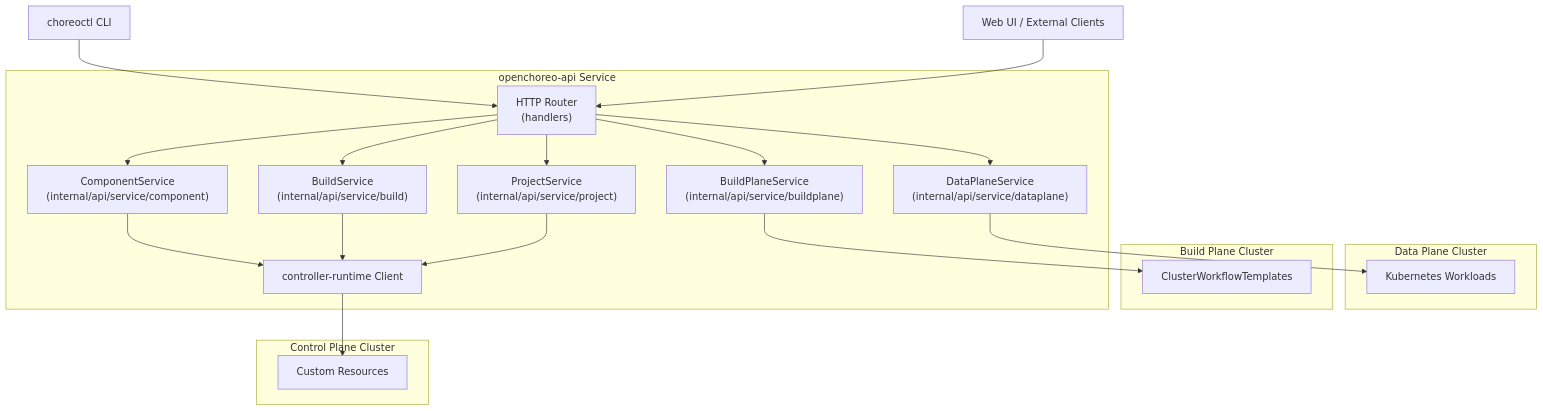
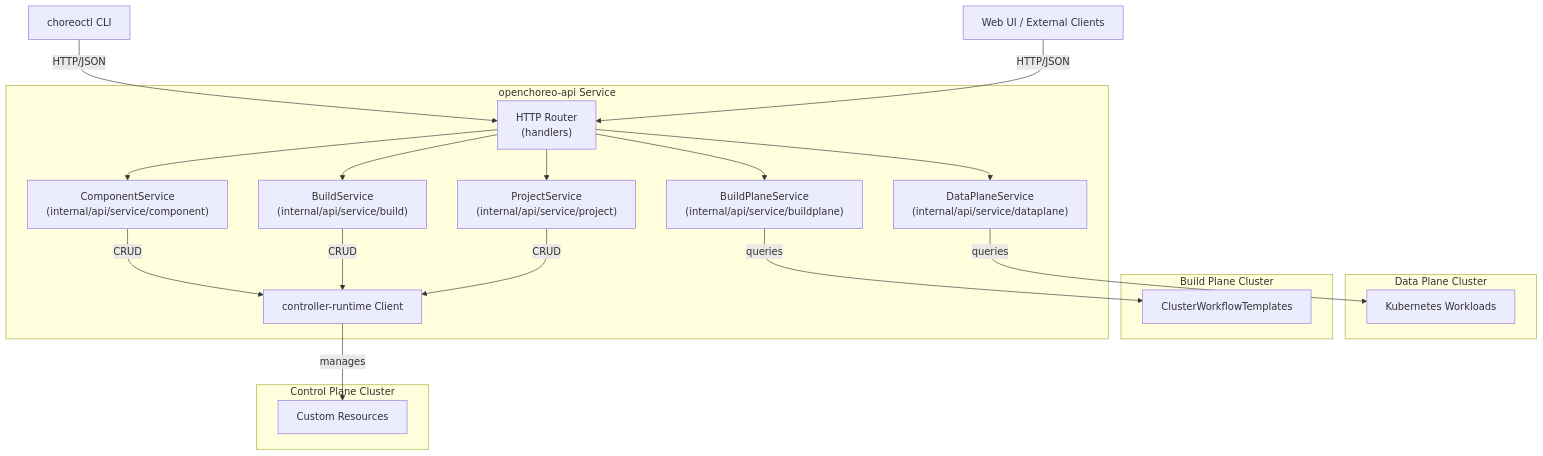
One commit to openchoreo/openchoreo changed the fourth of 7 diagrams in docs/deepwiki/Architecture.md. Above: the diagram before and after it, drawn with Mermaid. The commit also changed other lines of this file and 85 other files, not shown here.

Commit message:
feat: Add new workflow and specification templates, update Helm chart dependencies, and clarify documentation diagrams.

````diff
--- a/docs/deepwiki/Architecture.md
+++ b/docs/deepwiki/Architecture.md
@@ -330,52 +330,52 @@
 ```mermaid
 flowchart TD
 
 CLI["choreoctl CLI"]
 WebUI["Web UI / External Clients"]
 Router["HTTP Router<br>(handlers)"]
 CompSvc["ComponentService<br>(internal/api/service/component)"]
 BuildSvc["BuildService<br>(internal/api/service/build)"]
 ProjSvc["ProjectService<br>(internal/api/service/project)"]
 DPSvc["DataPlaneService<br>(internal/api/service/dataplane)"]
 BPSvc["BuildPlaneService<br>(internal/api/service/buildplane)"]
 K8sClient["controller-runtime Client"]
 CRDs["Custom Resources"]
 CWFT["ClusterWorkflowTemplates"]
 K8sWorkloads["Kubernetes Workloads"]
 
-CLI --> Router
-WebUI --> Router
-K8sClient --> CRDs
-DPSvc --> K8sWorkloads
-BPSvc --> CWFT
+CLI -->|"HTTP/JSON"| Router
+WebUI -->|"HTTP/JSON"| Router
+K8sClient -->|"manages"| CRDs
+DPSvc -->|"queries"| K8sWorkloads
+BPSvc -->|"queries"| CWFT
 
 subgraph subGraph3 ["Data Plane Cluster"]
     K8sWorkloads
 end
 
 subgraph subGraph2 ["Build Plane Cluster"]
     CWFT
 end
 
 subgraph subGraph1 ["Control Plane Cluster"]
     CRDs
 end
 
 subgraph subGraph0 ["openchoreo-api Service"]
     Router
     CompSvc
     BuildSvc
     ProjSvc
     DPSvc
     BPSvc
     K8sClient
     Router --> CompSvc
     Router --> BuildSvc
     Router --> ProjSvc
     Router --> DPSvc
     Router --> BPSvc
-    CompSvc --> K8sClient
-    BuildSvc --> K8sClient
-    ProjSvc --> K8sClient
+    CompSvc -->|"CRUD"| K8sClient
+    BuildSvc -->|"CRUD"| K8sClient
+    ProjSvc -->|"CRUD"| K8sClient
 end
 ```
````
